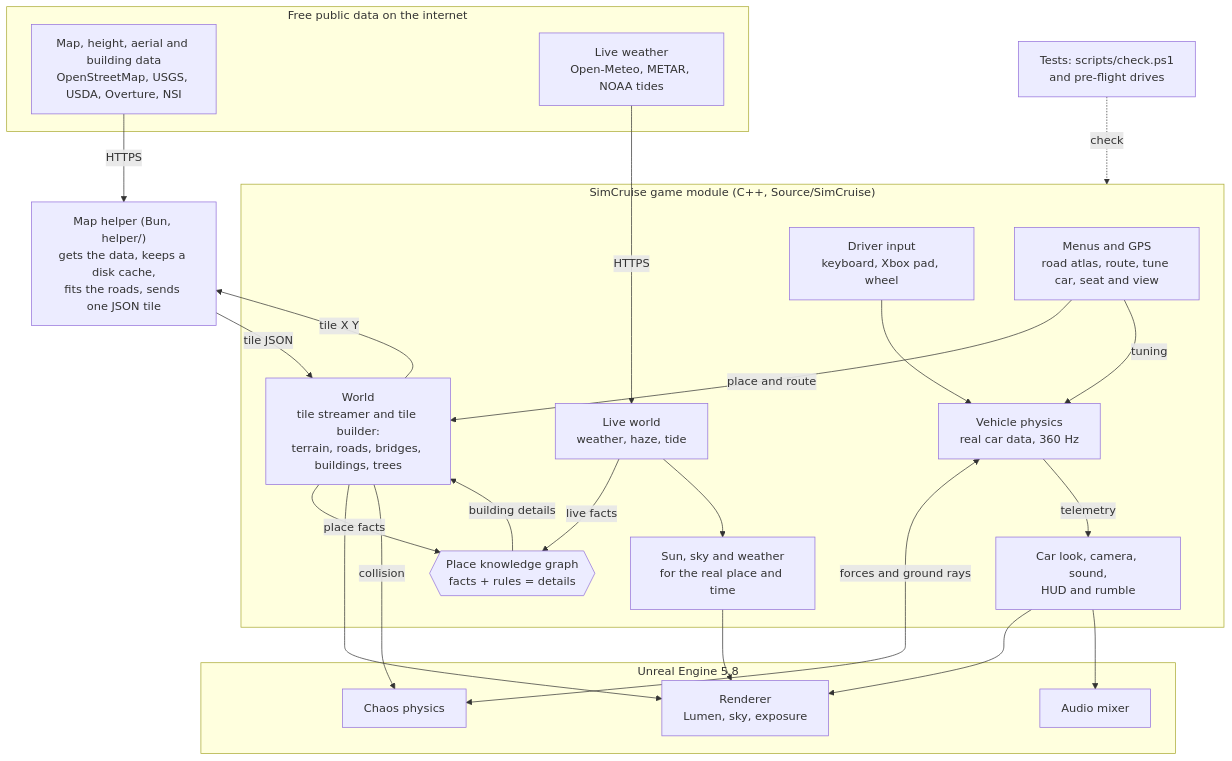
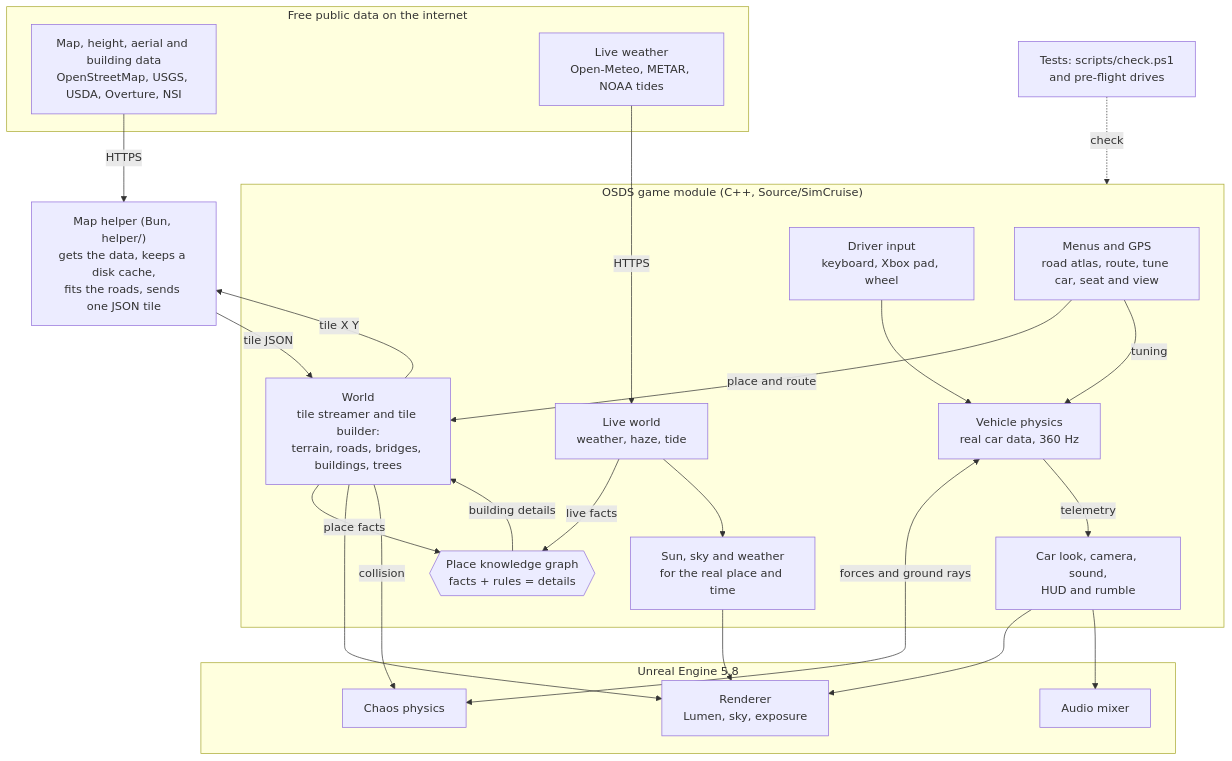
Before and after one commit to simcruisegame/osds: the diagram in README.md, drawn with Mermaid. The commit also changed other lines of this file and 72 other files, not shown here.

First line of the commit message:
Rebrand SimCruise to OSDS (Open Source Driving Simulator) with a brand kit (#15)

````diff
--- a/README.md
+++ b/README.md
@@ -120,48 +123,48 @@
 ```mermaid
 flowchart TB
   subgraph Internet["Free public data on the internet"]
     MapData["Map, height, aerial and building data<br/>OpenStreetMap, USGS, USDA, Overture, NSI"]
     Feeds["Live weather<br/>Open-Meteo, METAR, NOAA tides"]
   end
 
   Helper["Map helper (Bun, helper/)<br/>gets the data, keeps a disk cache,<br/>fits the roads, sends one JSON tile"]
 
-  subgraph Game["SimCruise game module (C++, Source/SimCruise)"]
+  subgraph Game["OSDS game module (C++, Source/SimCruise)"]
     UI["Menus and GPS<br/>road atlas, route, tune car, seat and view"]
     World["World<br/>tile streamer and tile builder:<br/>terrain, roads, bridges, buildings, trees"]
     Graph{{"Place knowledge graph<br/>facts + rules = details"}}
     Live["Live world<br/>weather, haze, tide"]
     Env["Sun, sky and weather<br/>for the real place and time"]
     Input["Driver input<br/>keyboard, Xbox pad, wheel"]
     Physics["Vehicle physics<br/>real car data, 360 Hz"]
     Out["Car look, camera, sound,<br/>HUD and rumble"]
   end
 
   subgraph Unreal["Unreal Engine 5.8"]
     Chaos["Chaos physics"]
     Render["Renderer<br/>Lumen, sky, exposure"]
     Mixer["Audio mixer"]
   end
 
   Tests["Tests: scripts/check.ps1<br/>and pre-flight drives"]
 
   MapData -->|HTTPS| Helper
   Feeds -->|HTTPS| Live
   UI -->|place and route| World
   World -->|tile X Y| Helper
   Helper -->|tile JSON| World
   World -->|place facts| Graph
   Live -->|live facts| Graph
   Graph -->|building details| World
   Live --> Env
   UI -->|tuning| Physics
   Input --> Physics
   Physics <-->|forces and ground rays| Chaos
   Physics -->|telemetry| Out
   World --> Render
   World -->|collision| Chaos
   Env --> Render
   Out --> Render
   Out --> Mixer
   Tests -.->|check| Game
 ```
````
